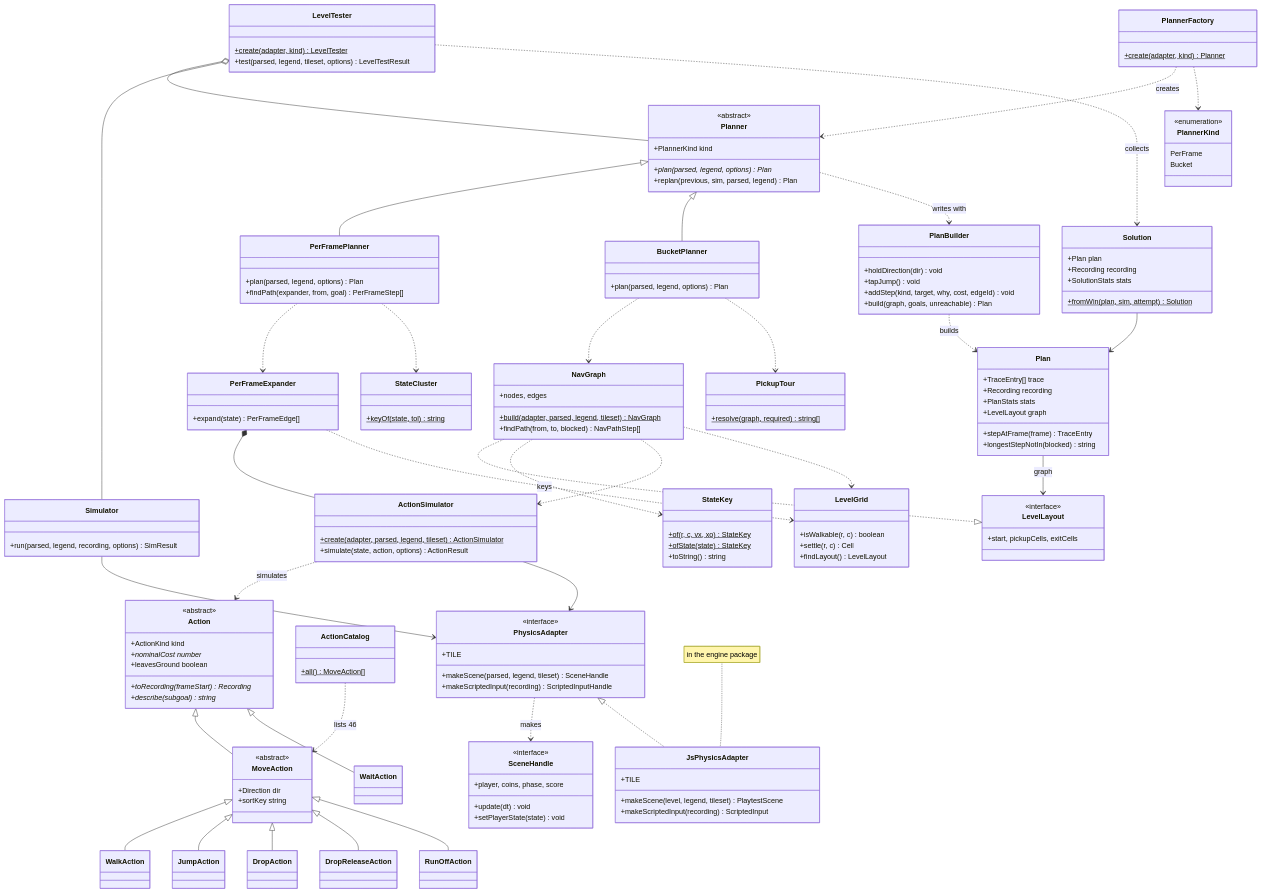
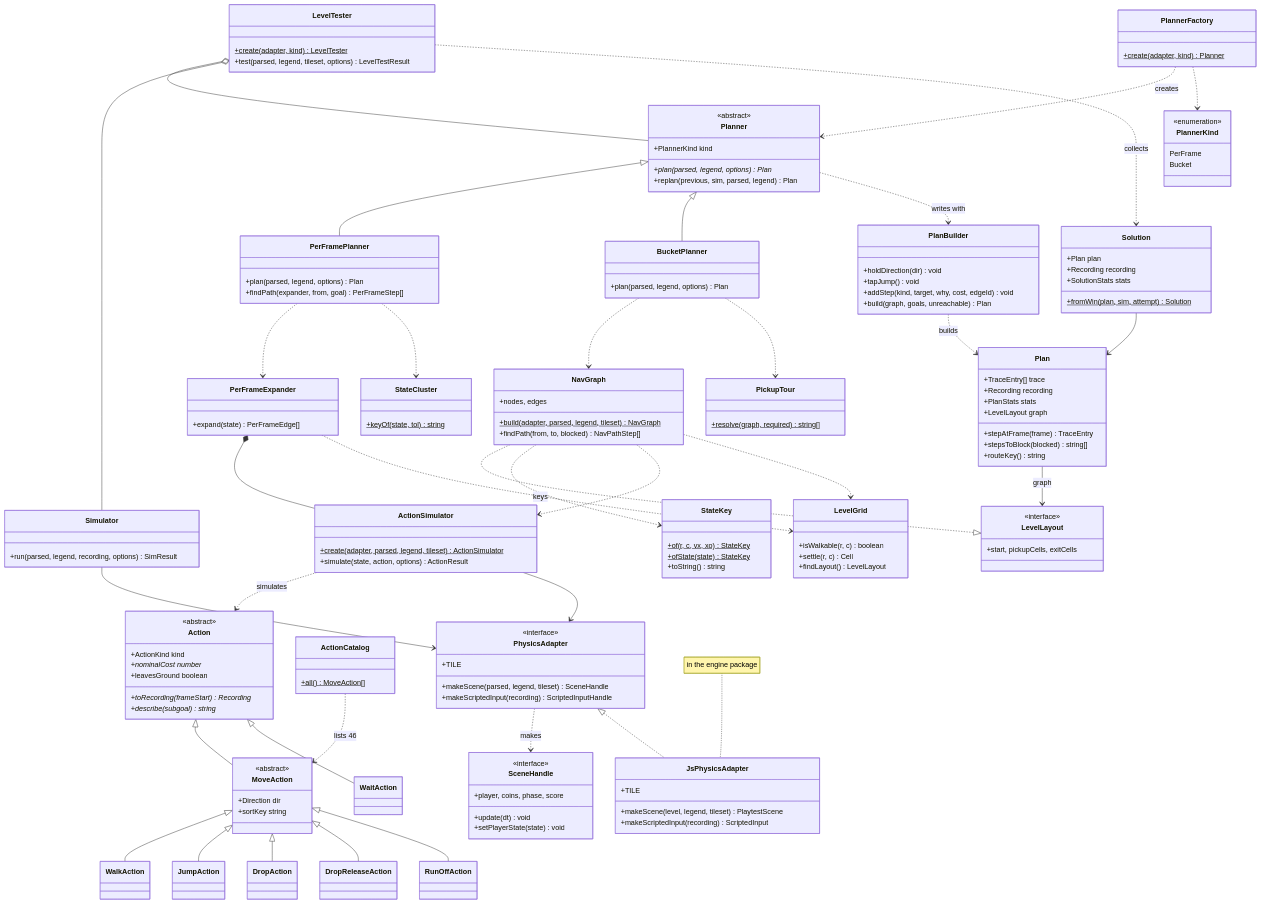
The diagram in docs/agent/README.md (dr-matt-smith/2D-platform-editor), drawn with Mermaid before and after one commit. The commit also changed 15 other files, not shown here.

```diff
--- a/docs/agent/README.md
+++ b/docs/agent/README.md
@@ -53,7 +53,8 @@
     +PlanStats stats
     +LevelLayout graph
     +stepAtFrame(frame) TraceEntry
-    +longestStepNotIn(blocked) string
+    +stepsToBlock(blocked) string[]
+    +routeKey() string
   }
   class PlanBuilder {
     +holdDirection(dir) void
```
